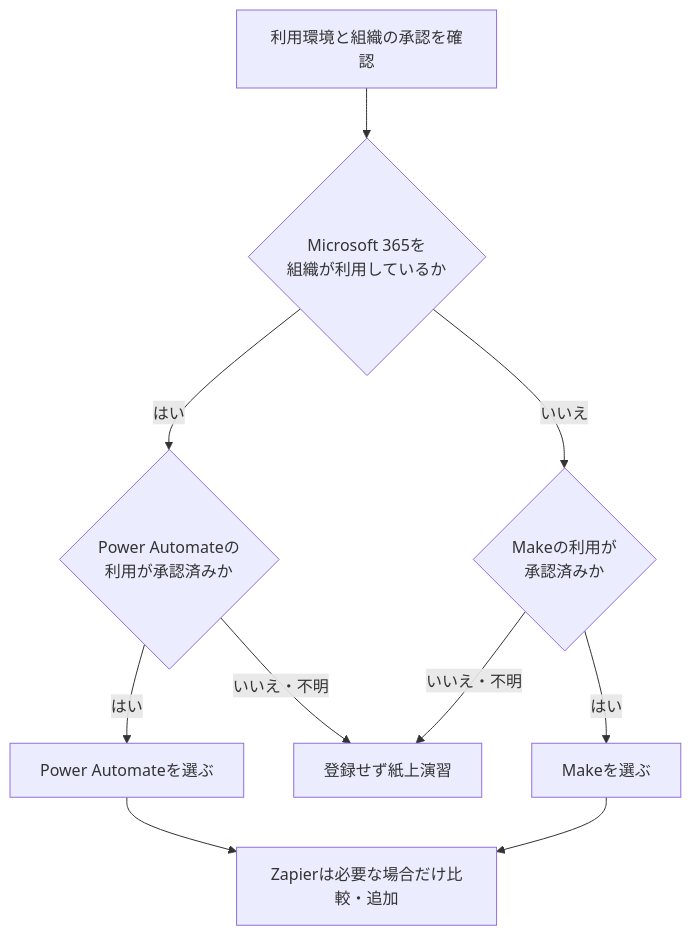
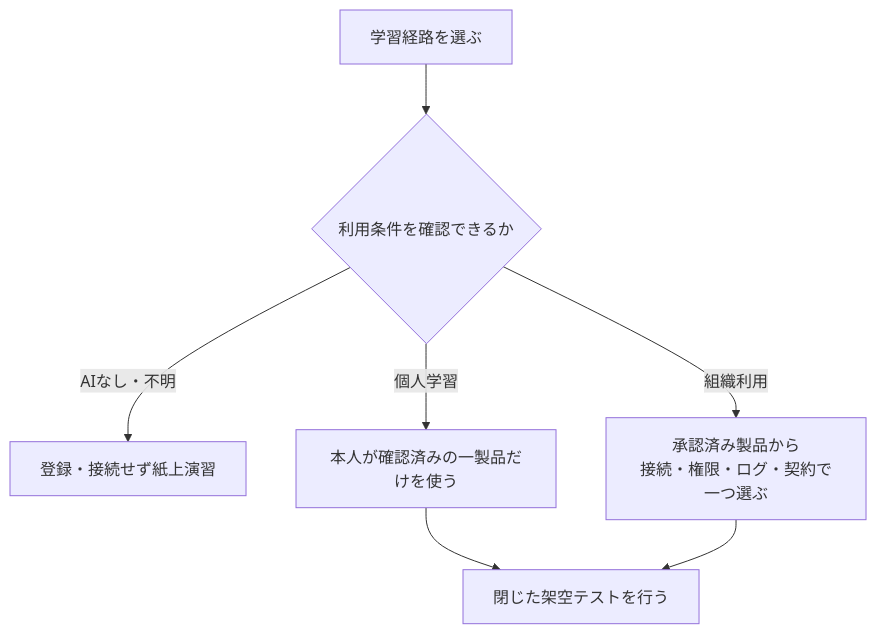
The diagram in ai-business-efficiency-instructor-content/setup/automation_tools_setup.md (kiyo37/AI--), drawn with Mermaid before and after one commit. The commit also changed other lines of this file and 139 other files, not shown here.

````diff
--- a/ai-business-efficiency-instructor-content/setup/automation_tools_setup.md
+++ b/ai-business-efficiency-instructor-content/setup/automation_tools_setup.md
@@ -23,12 +25,9 @@
 ```mermaid
 flowchart TD
-    A["利用環境と組織の承認を確認"] --> B{"Microsoft 365を<br/>組織が利用しているか"}
-    B -->|はい| C{"Power Automateの<br/>利用が承認済みか"}
-    C -->|はい| D["Power Automateを選ぶ"]
-    C -->|いいえ・不明| H["登録せず紙上演習"]
-    B -->|いいえ| E{"Makeの利用が<br/>承認済みか"}
-    E -->|はい| F["Makeを選ぶ"]
-    E -->|いいえ・不明| H
-    D --> I["Zapierは必要な場合だけ比較・追加"]
-    F --> I
+    A["学習経路を選ぶ"] --> B{"利用条件を確認できるか"}
+    B -->|AIなし・不明| H["登録・接続せず紙上演習"]
+    B -->|個人学習| C["本人が確認済みの一製品だけを使う"]
+    B -->|組織利用| D["承認済み製品から<br/>接続・権限・ログ・契約で一つ選ぶ"]
+    C --> E["閉じた架空テストを行う"]
+    D --> E
 ```
````
